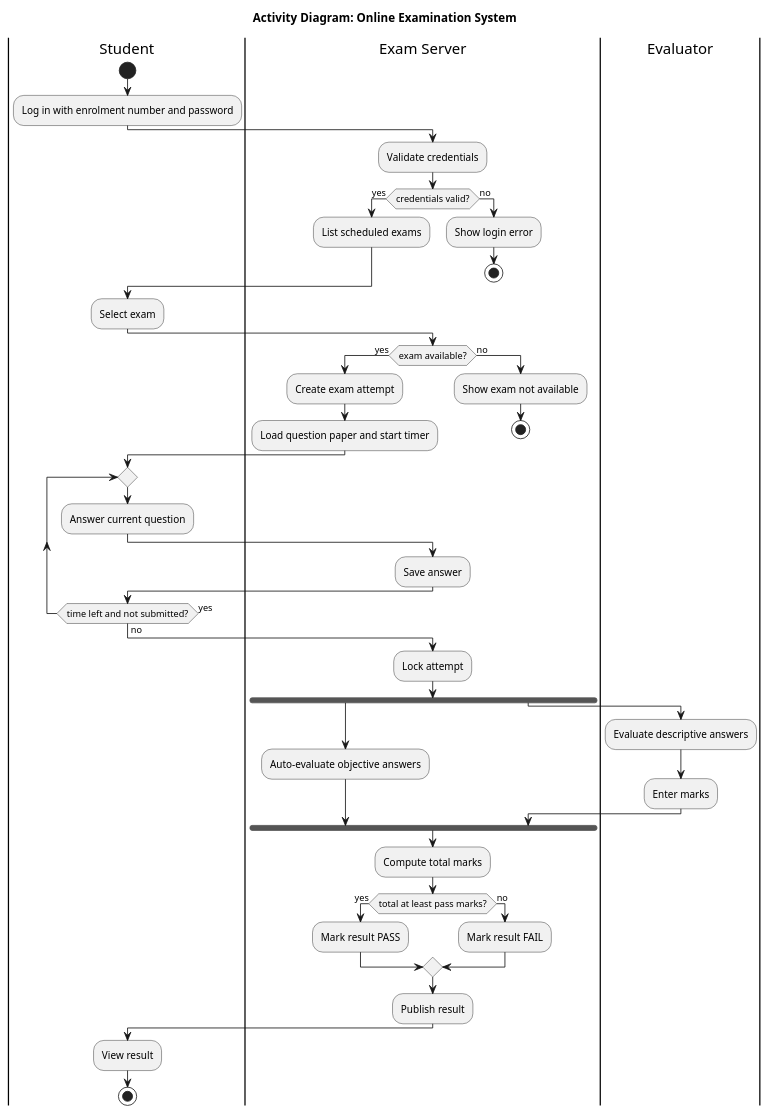
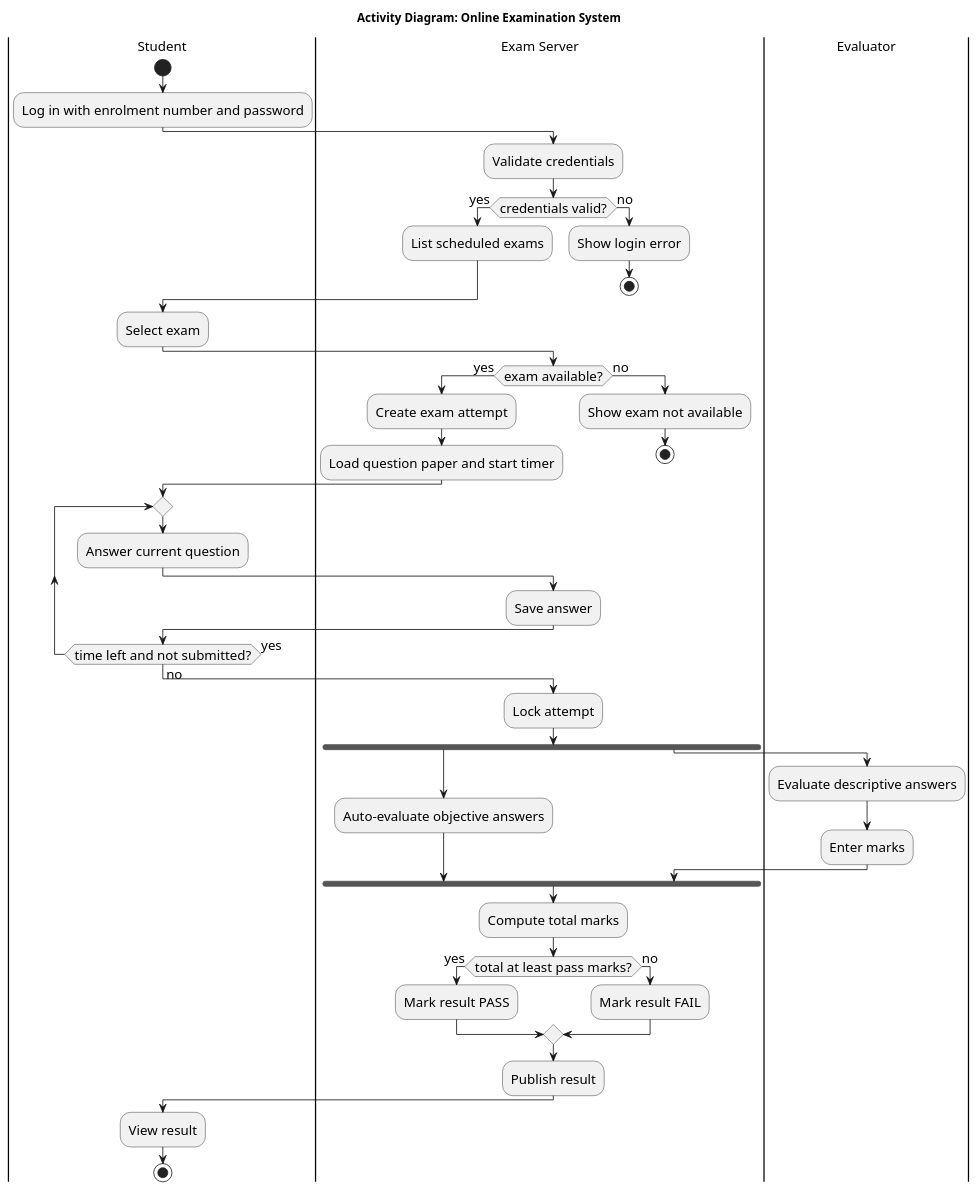
The diagram in public/code/mcsl-222/section-1/session-5/online_examination_activity.puml (theetherGit/mca-ignou-labs), drawn with PlantUML before and after one commit. The commit also changed 33 other files, not shown here.

First line of the commit message:
feat(diagrams): print-legible layouts; wide pictures print sideways

```diff
--- a/public/code/mcsl-222/section-1/session-5/online_examination_activity.puml
+++ b/public/code/mcsl-222/section-1/session-5/online_examination_activity.puml
@@ -1,51 +1,52 @@
 @startuml
+skinparam defaultFontSize 16
 title Activity Diagram: Online Examination System
 |Student|
 start
 :Log in with enrolment number and password;
 |Exam Server|
 :Validate credentials;
 if (credentials valid?) then (yes)
   :List scheduled exams;
 else (no)
   :Show login error;
   stop
 endif
 |Student|
 :Select exam;
 |Exam Server|
 if (exam available?) then (yes)
   :Create exam attempt;
   :Load question paper and start timer;
 else (no)
   :Show exam not available;
   stop
 endif
 |Student|
 repeat
   :Answer current question;
   |Exam Server|
   :Save answer;
   |Student|
 repeat while (time left and not submitted?) is (yes) not (no)
 |Exam Server|
 :Lock attempt;
 fork
   :Auto-evaluate objective answers;
 fork again
   |Evaluator|
   :Evaluate descriptive answers;
   :Enter marks;
   |Exam Server|
 end fork
 :Compute total marks;
 if (total at least pass marks?) then (yes)
   :Mark result PASS;
 else (no)
   :Mark result FAIL;
 endif
 :Publish result;
 |Student|
 :View result;
 stop
 @enduml
```
